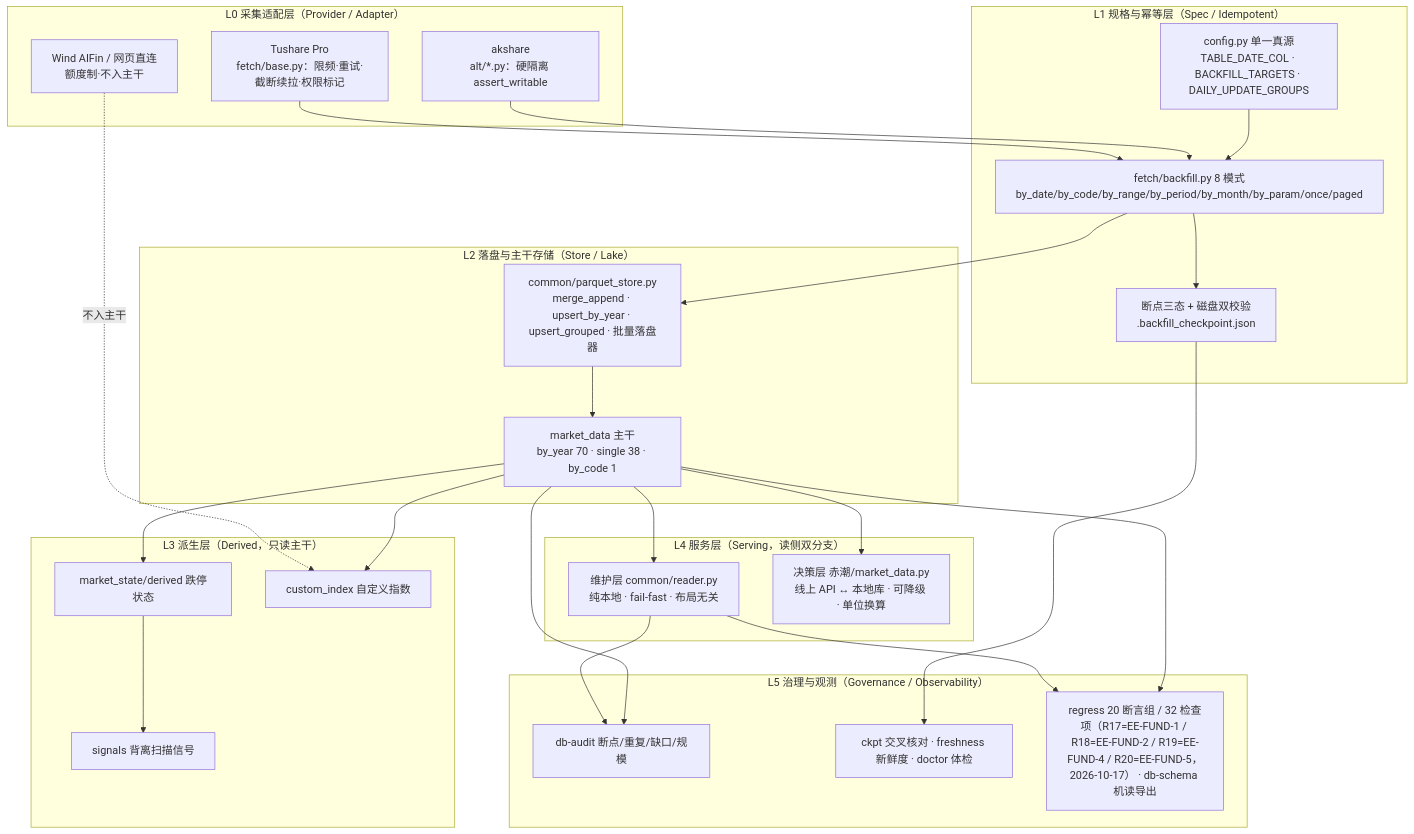
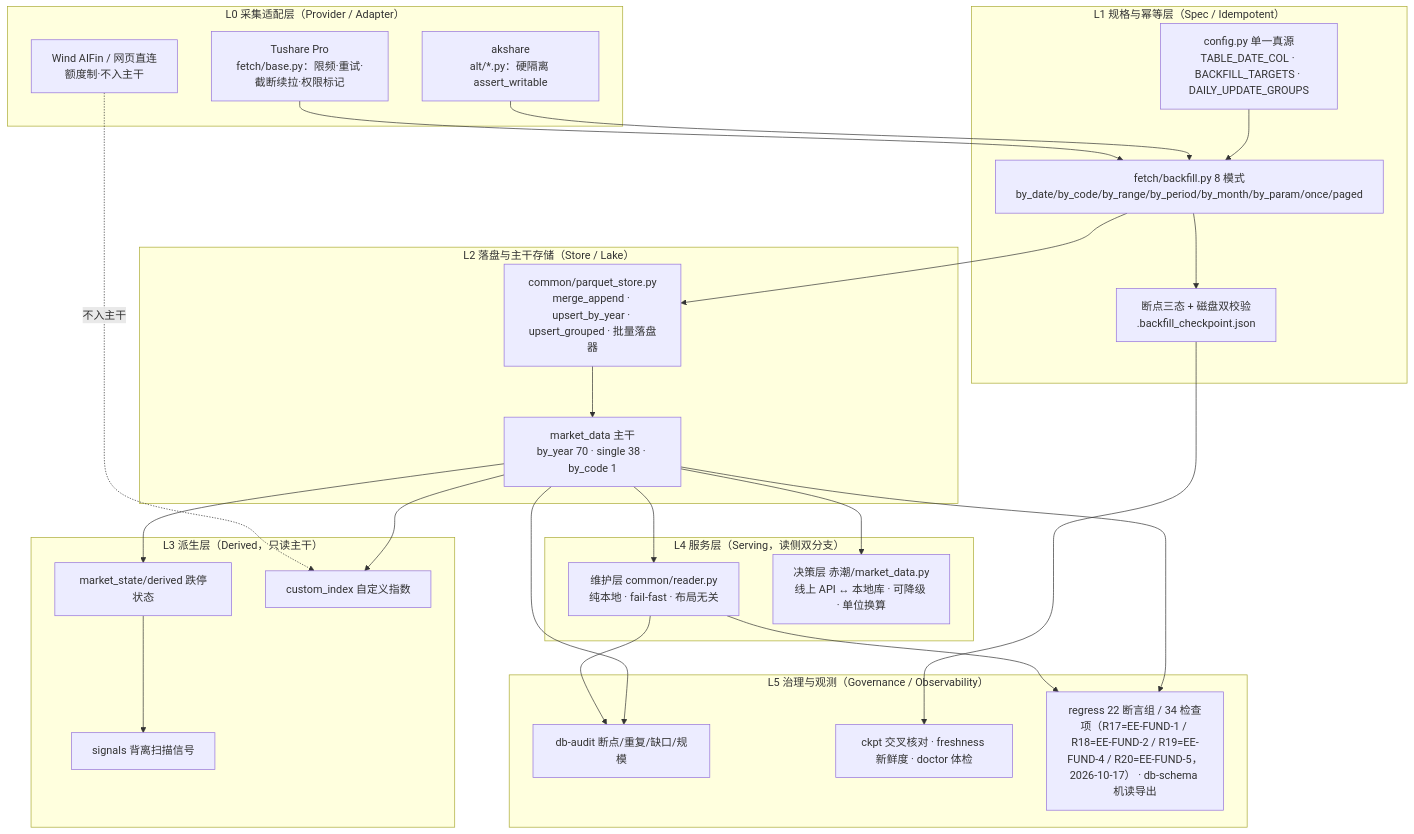
One commit to 1716250001/quant-strategy-infrastructure changed the first of 2 diagrams in 代码架构/全量数据库架构/03-总体架构方案对比与推荐.md. Above: the diagram before and after it, drawn with Mermaid. The commit also changed 8 other files, not shown here.

````diff
--- a/代码架构/全量数据库架构/03-总体架构方案对比与推荐.md
+++ b/代码架构/全量数据库架构/03-总体架构方案对比与推荐.md
@@ -58,48 +58,48 @@
 ```mermaid
 flowchart TB
   subgraph L0["L0 采集适配层（Provider / Adapter）"]
     A1["Tushare Pro<br/>fetch/base.py：限频·重试·截断续拉·权限标记"]
     A2["akshare<br/>alt/*.py：硬隔离 assert_writable"]
     A3["Wind AIFin / 网页直连<br/>额度制·不入主干"]
   end
   subgraph L1["L1 规格与幂等层（Spec / Idempotent）"]
     B1["config.py 单一真源<br/>TABLE_DATE_COL · BACKFILL_TARGETS · DAILY_UPDATE_GROUPS"]
     B2["fetch/backfill.py 8 模式<br/>by_date/by_code/by_range/by_period/by_month/by_param/once/paged"]
     B3["断点三态 + 磁盘双校验<br/>.backfill_checkpoint.json"]
   end
   subgraph L2["L2 落盘与主干存储（Store / Lake）"]
     C1["common/parquet_store.py<br/>merge_append · upsert_by_year · upsert_grouped · 批量落盘器"]
     C2["market_data 主干<br/>by_year 70 · single 38 · by_code 1"]
   end
   subgraph L3["L3 派生层（Derived，只读主干）"]
     D1["market_state/derived 跌停状态"]
     D2["custom_index 自定义指数"]
     D3["signals 背离扫描信号"]
   end
   subgraph L4["L4 服务层（Serving，读侧双分支）"]
     E1["维护层 common/reader.py<br/>纯本地 · fail-fast · 布局无关"]
     E2["决策层 赤潮/market_data.py<br/>线上 API ↔ 本地库 · 可降级 · 单位换算"]
   end
   subgraph L5["L5 治理与观测（Governance / Observability）"]
     F1["db-audit 断点/重复/缺口/规模"]
     F2["ckpt 交叉核对 · freshness 新鲜度 · doctor 体检"]
-    F3["regress 20 断言组 / 32 检查项（R17=EE-FUND-1 / R18=EE-FUND-2 / R19=EE-FUND-4 / R20=EE-FUND-5，2026-10-17） · db-schema 机读导出"]
+    F3["regress 22 断言组 / 34 检查项（R17=EE-FUND-1 / R18=EE-FUND-2 / R19=EE-FUND-4 / R20=EE-FUND-5，2026-10-17） · db-schema 机读导出"]
   end
   A1 --> B2
   A2 --> B2
   A3 -.不入主干.-> D2
   B1 --> B2
   B2 --> B3
   B2 --> C1
   C1 --> C2
   C2 --> D1
   C2 --> D2
   D1 --> D3
   C2 --> E1
   C2 --> E2
   E1 --> F1
   C2 --> F1
   B3 --> F2
   E1 --> F3
   C2 --> F3
 ```
````
